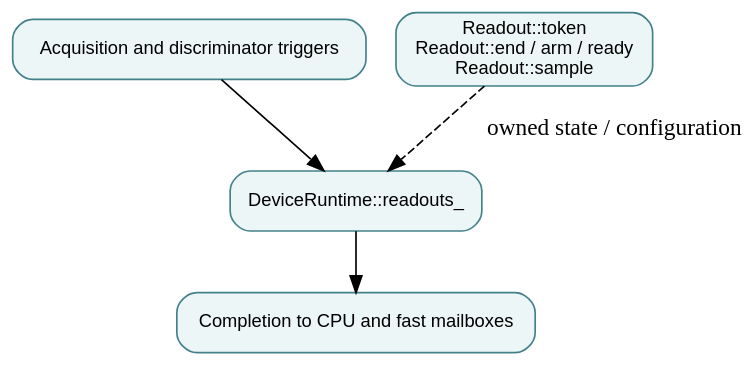
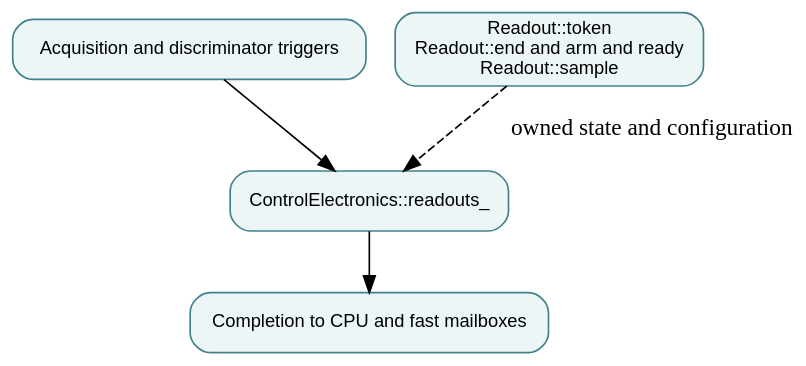
The diagram in docs/modules/acquisition-and-discrimination.md (qsbit-org/qsbit-sim), drawn with Graphviz before and after one commit. The commit also changed other lines of this file and 71 other files, not shown here.

````diff
--- a/docs/modules/acquisition-and-discrimination.md
+++ b/docs/modules/acquisition-and-discrimination.md
@@ -16,11 +16,11 @@
 ```{graphviz}
 digraph module {
   rankdir=TB; bgcolor="transparent";
   node [shape=box, style="rounded,filled", fillcolor="#edf6f7", color="#43818a", fontname="sans-serif", fontsize=11];
   input [label="Acquisition and discriminator triggers"];
-  owner [label="DeviceRuntime::readouts_"];
-  state [label="Readout::token\nReadout::end / arm / ready\nReadout::sample"];
+  owner [label="ControlElectronics::readouts_"];
+  state [label="Readout::token\nReadout::end and arm and ready\nReadout::sample"];
   output [label="Completion to CPU and fast mailboxes"];
-  input -> owner; owner -> output; state -> owner [style=dashed, label="owned state / configuration"];
+  input -> owner; owner -> output; state -> owner [style=dashed, label="owned state and configuration"];
 }
 ```
````
